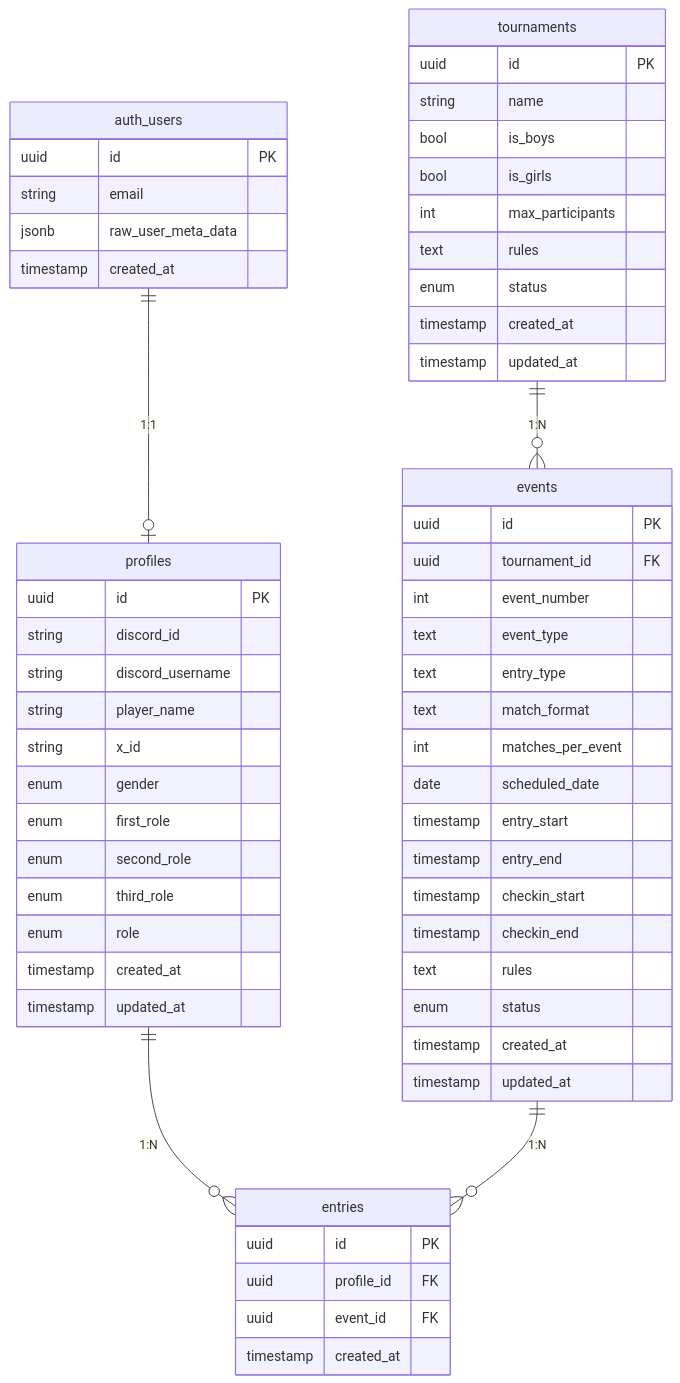
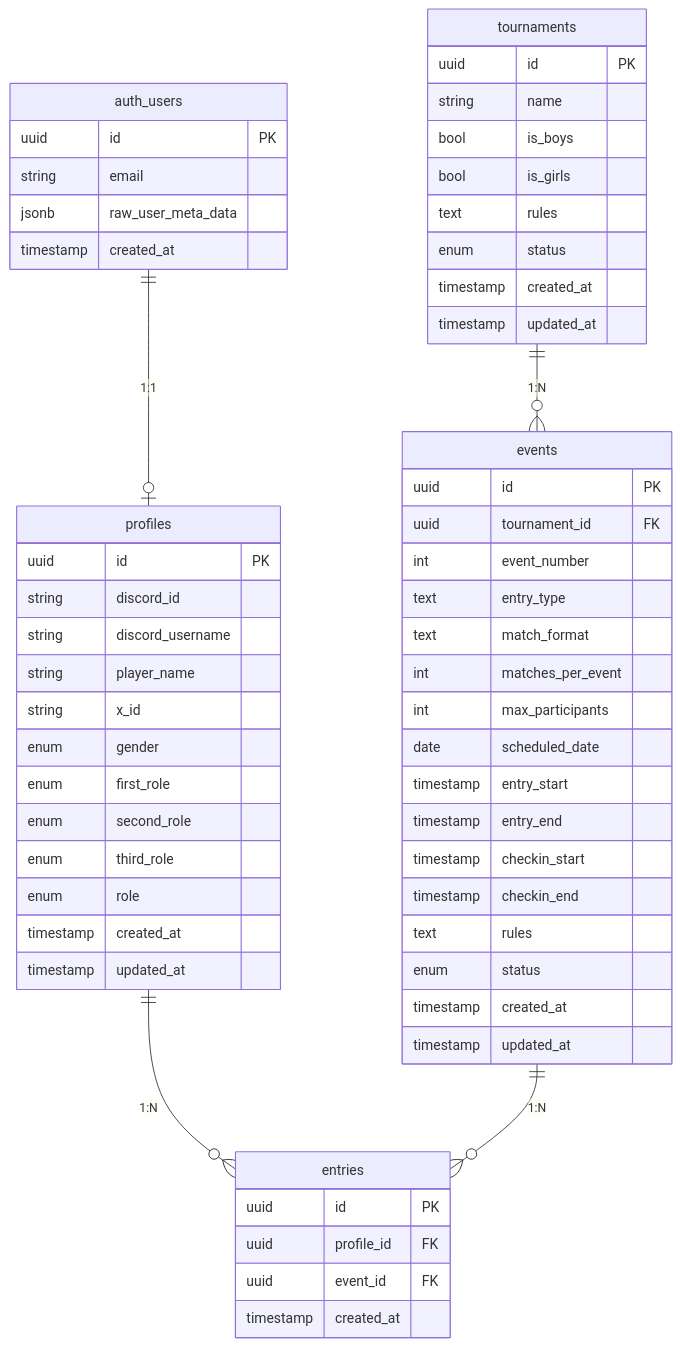
One commit to juv-shun/JiroRimi changed the diagram in docs/database_design.md. Above: the diagram before and after it, drawn with Mermaid. The commit also changed other lines of this file, not shown here.

First line of the commit message:
docs: event_type削除・max_participantsをeventsに移動

````diff
--- a/docs/database_design.md
+++ b/docs/database_design.md
@@ -9,67 +9,66 @@
 ```mermaid
 erDiagram
     auth_users ||--o| profiles : "1:1"
     profiles ||--o{ entries : "1:N"
     tournaments ||--o{ events : "1:N"
     events ||--o{ entries : "1:N"
 
     auth_users {
         uuid id PK
         string email
         jsonb raw_user_meta_data
         timestamp created_at
     }
 
     profiles {
         uuid id PK
         string discord_id
         string discord_username
         string player_name
         string x_id
         enum gender
         enum first_role
         enum second_role
         enum third_role
         enum role
         timestamp created_at
         timestamp updated_at
     }
 
     tournaments {
         uuid id PK
         string name
         bool is_boys
         bool is_girls
-        int max_participants
         text rules
         enum status
         timestamp created_at
         timestamp updated_at
     }
 
     events {
         uuid id PK
         uuid tournament_id FK
         int event_number
-        text event_type
         text entry_type
         text match_format
         int matches_per_event
+        int max_participants
         date scheduled_date
         timestamp entry_start
         timestamp entry_end
         timestamp checkin_start
         timestamp checkin_end
         text rules
         enum status
         timestamp created_at
         timestamp updated_at
     }
 
     entries {
         uuid id PK
         uuid profile_id FK
         uuid event_id FK
         timestamp created_at
     }
 ```
````
